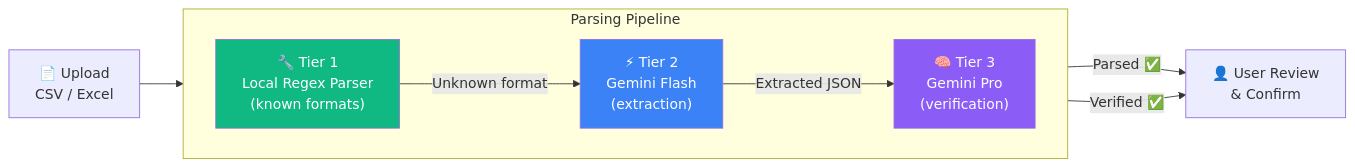
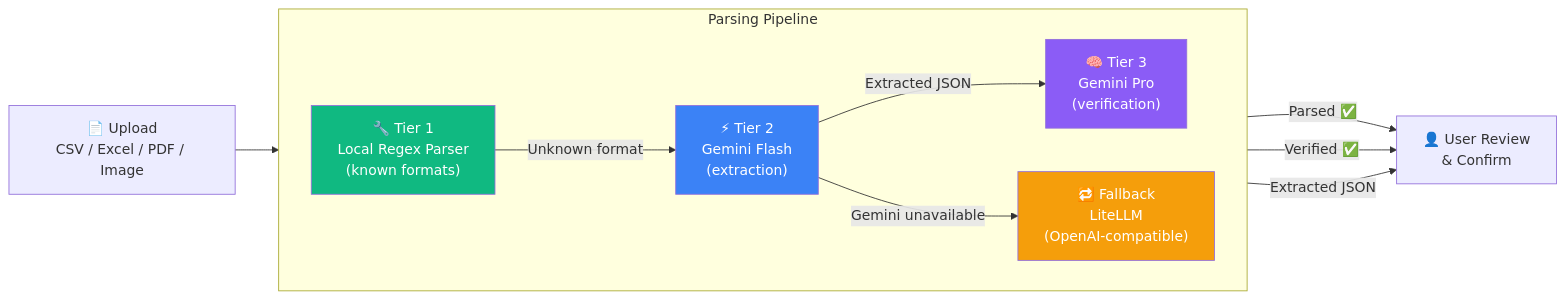
One commit to CocoCommits/ProductVision changed diagram 14 of 20 in NEESH/NEESH.md. Above: the diagram before and after it, drawn with Mermaid. The commit also changed other lines of this file and 1 other file, not shown here.

````diff
--- a/NEESH/NEESH.md
+++ b/NEESH/NEESH.md
@@ -448,24 +633,28 @@
 ```mermaid
 flowchart LR
-    Upload["📄 Upload\nCSV / Excel"]
+    Upload["📄 Upload\nCSV / Excel / PDF / Image"]
 
     Upload --> T1
 
     subgraph Pipeline["Parsing Pipeline"]
         direction LR
         T1["🔧 Tier 1\nLocal Regex Parser\n(known formats)"]
         T2["⚡ Tier 2\nGemini Flash\n(extraction)"]
         T3["🧠 Tier 3\nGemini Pro\n(verification)"]
+        T4["🔁 Fallback\nLiteLLM\n(OpenAI-compatible)"]
     end
 
     T1 -->|"Unknown format"| T2
     T2 -->|"Extracted JSON"| T3
+    T2 -->|"Gemini unavailable"| T4
     T1 -->|"Parsed ✅"| Review
     T3 -->|"Verified ✅"| Review
+    T4 -->|"Extracted JSON"| Review
 
     Review["👤 User Review\n& Confirm"]
 
     style T1 fill:#10b981,color:#fff
     style T2 fill:#3b82f6,color:#fff
     style T3 fill:#8b5cf6,color:#fff
+    style T4 fill:#f59e0b,color:#fff
 ```
````
